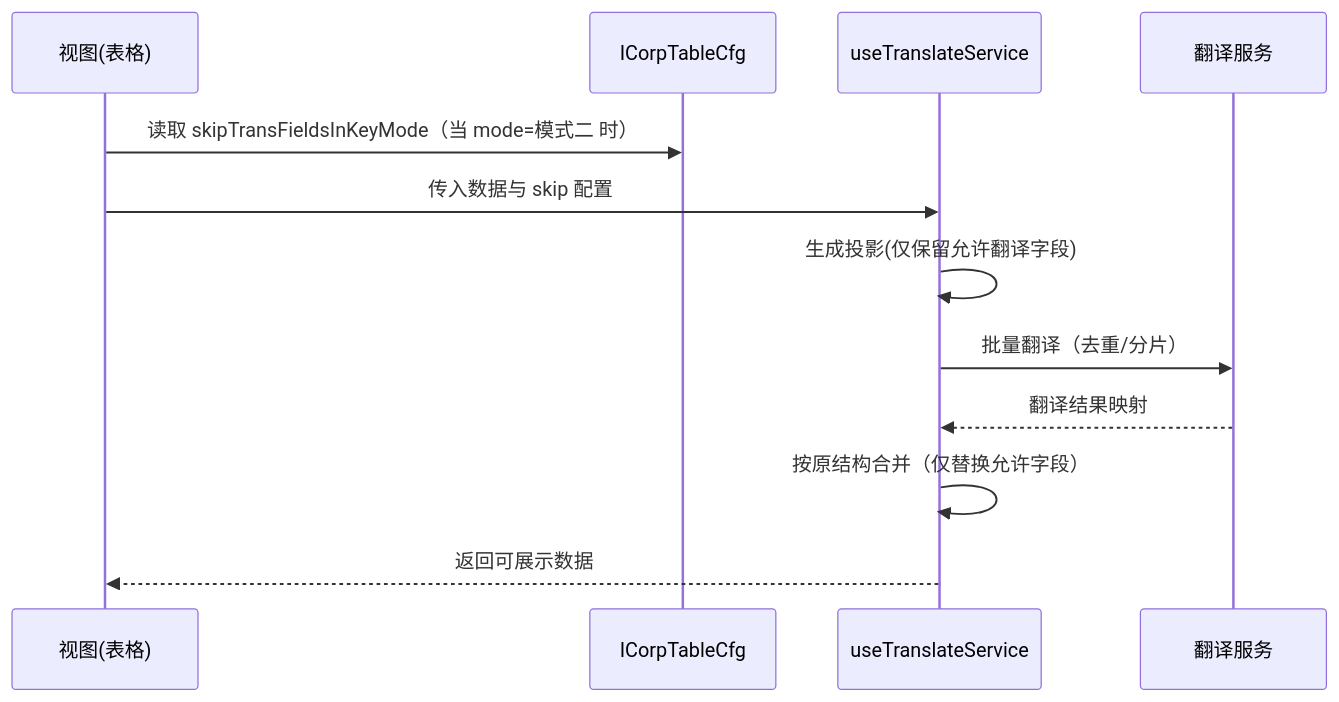
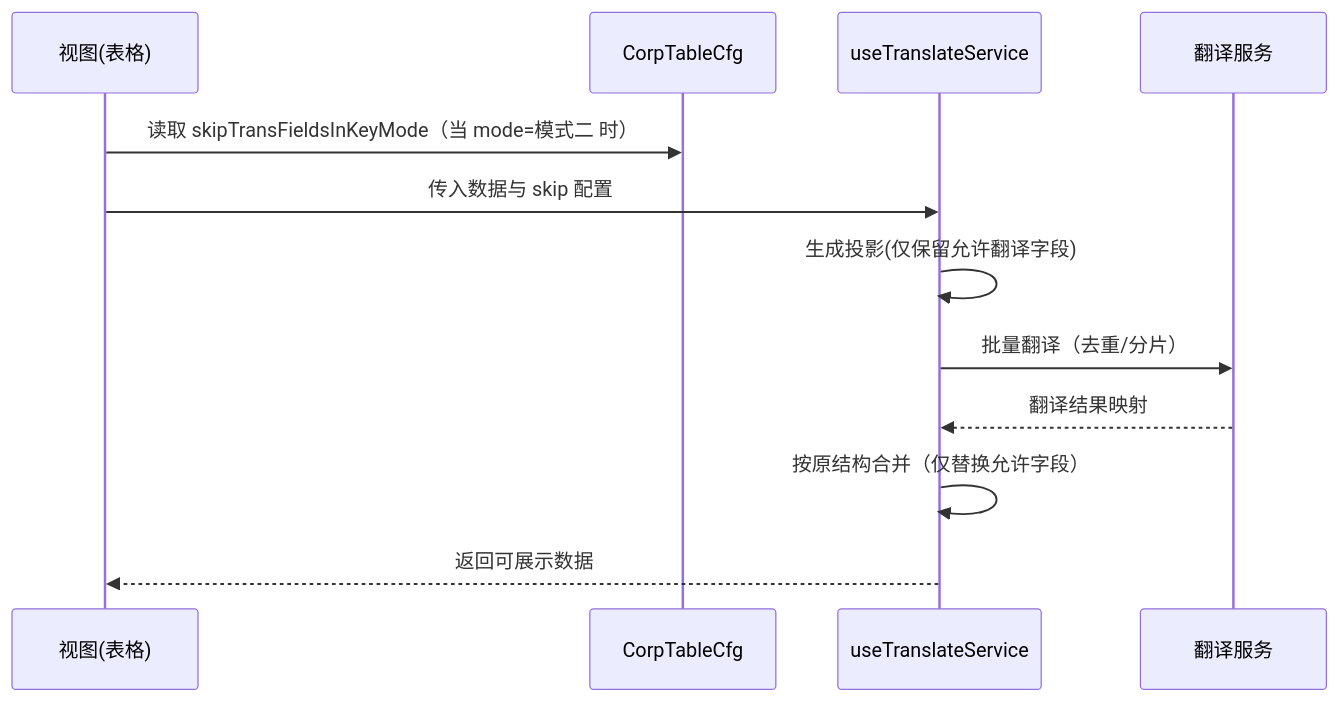
The second of 2 diagrams in apps/company/docs/corp/intl.md (suneo02/tech-knowledge-base), drawn with Mermaid before and after one commit. The commit also changed other lines of this file and 2109 other files, not shown here.

````diff
--- a/apps/company/docs/corp/intl.md
+++ b/apps/company/docs/corp/intl.md
@@ -45,15 +53,15 @@
 ```mermaid
 sequenceDiagram
   participant V as 视图(表格)
-  participant C as ICorpTableCfg
+  participant C as CorpTableCfg
   participant H as useTranslateService
   participant S as 翻译服务
 
   V->>C: 读取 skipTransFieldsInKeyMode（当 mode=模式二 时）
   V->>H: 传入数据与 skip 配置
   H->>H: 生成投影(仅保留允许翻译字段)
   H->>S: 批量翻译（去重/分片）
   S-->>H: 翻译结果映射
   H->>H: 按原结构合并（仅替换允许字段）
   H-->>V: 返回可展示数据
 ```
````
